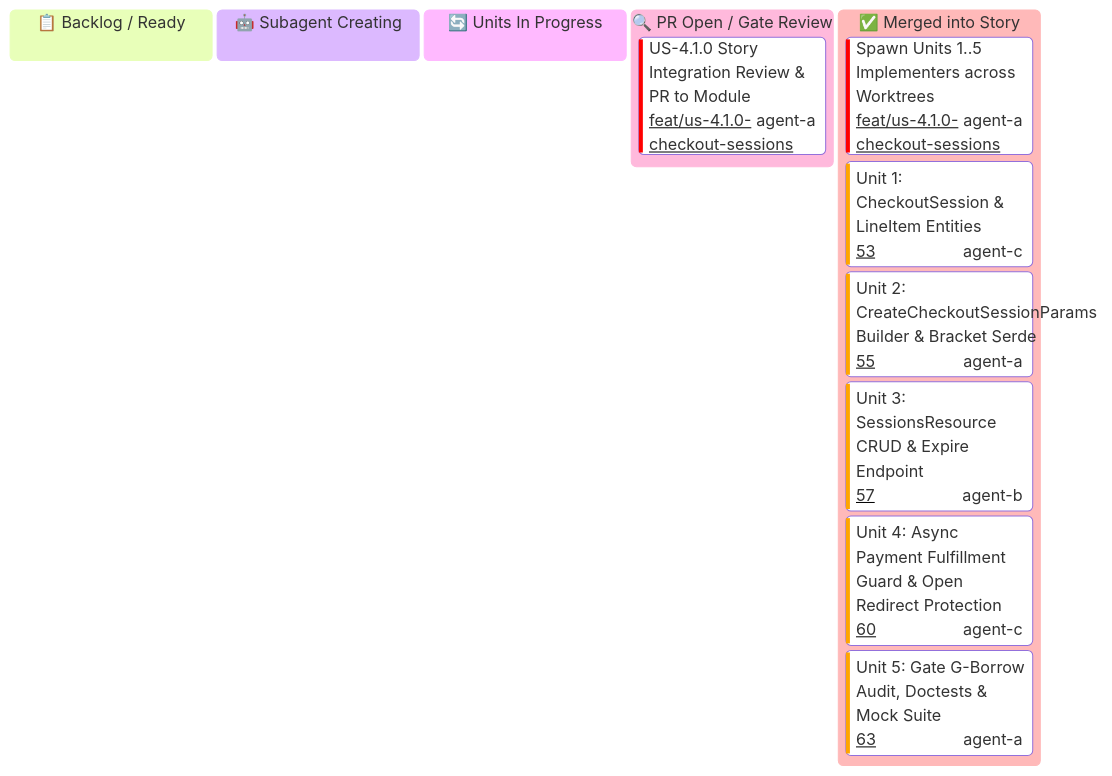
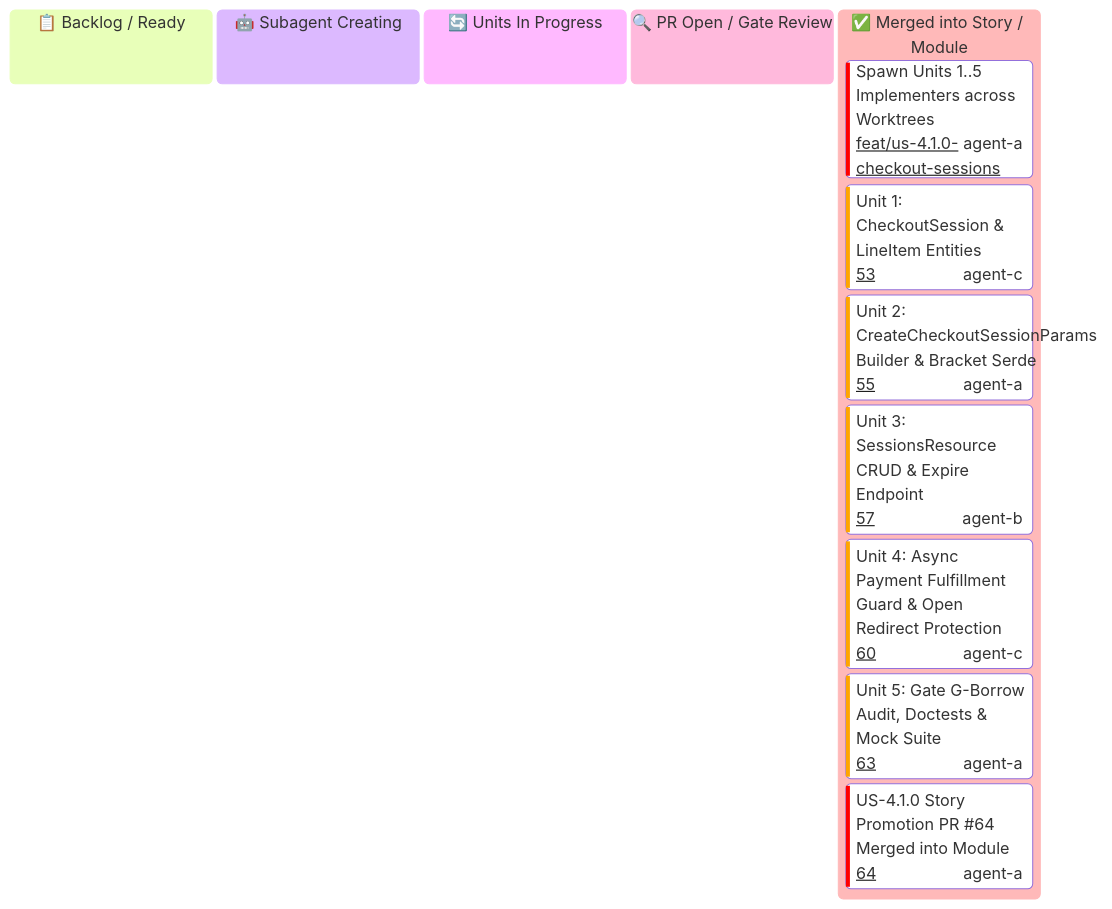
One commit to some-of-cs/some-stripe changed the diagram in docs/user-stories/module-4-hosted-checkout-and-links/US-4.1.0-KANBAN.md. Above: the diagram before and after it, drawn with Mermaid. The commit also changed other lines of this file and 4 other files, not shown here.

````diff
--- a/docs/user-stories/module-4-hosted-checkout-and-links/US-4.1.0-KANBAN.md
+++ b/docs/user-stories/module-4-hosted-checkout-and-links/US-4.1.0-KANBAN.md
@@ -14,20 +14,20 @@
 ```mermaid
 ---
 config:
   kanban:
     ticketBaseUrl: 'https://github.com/some-of-cs/some-stripe/pull/#TICKET#'
 ---
 kanban
   todo[📋 Backlog / Ready]
   spawning[🤖 Subagent Creating]
   in_progress[🔄 Units In Progress]
   review[🔍 PR Open / Gate Review]
-    s41_pr[US-4.1.0 Story Integration Review & PR to Module]@{ ticket: 'feat/us-4.1.0-checkout-sessions', assigned: 'agent-a', priority: 'Very High' }
-  done[✅ Merged into Story]
+  done[✅ Merged into Story / Module]
     s41_spawn_units[Spawn Units 1..5 Implementers across Worktrees]@{ ticket: 'feat/us-4.1.0-checkout-sessions', assigned: 'agent-a', priority: 'Very High' }
     u411[Unit 1: CheckoutSession & LineItem Entities]@{ ticket: '53', assigned: 'agent-c', priority: 'High' }
     u412[Unit 2: CreateCheckoutSessionParams Builder & Bracket Serde]@{ ticket: '55', assigned: 'agent-a', priority: 'High' }
     u413[Unit 3: SessionsResource CRUD & Expire Endpoint]@{ ticket: '57', assigned: 'agent-b', priority: 'High' }
     u414[Unit 4: Async Payment Fulfillment Guard & Open Redirect Protection]@{ ticket: '60', assigned: 'agent-c', priority: 'High' }
     u415[Unit 5: Gate G-Borrow Audit, Doctests & Mock Suite]@{ ticket: '63', assigned: 'agent-a', priority: 'High' }
+    s41_pr[US-4.1.0 Story Promotion PR #64 Merged into Module]@{ ticket: '64', assigned: 'agent-a', priority: 'Very High' }
 ```
````
